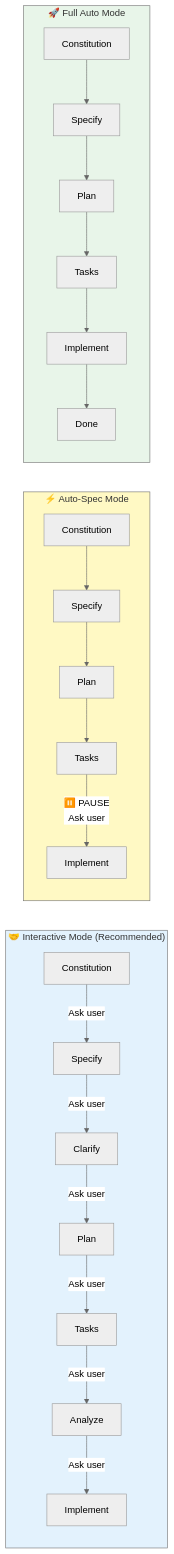
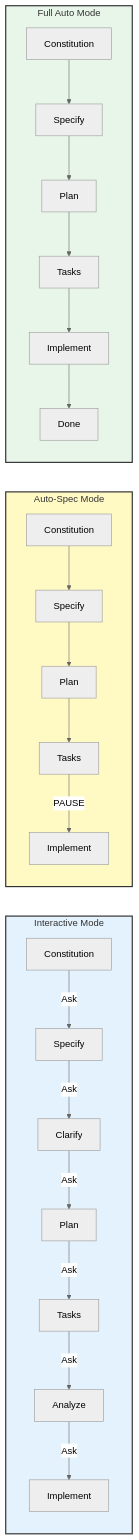
One commit to github/spec-kit changed the second of 6 diagrams in README.md. Above: the diagram before and after it, drawn with Mermaid (neutral theme). The commit also changed other lines of this file, not shown here.

````diff
--- a/README.md
+++ b/README.md
@@ -400,30 +358,30 @@
 ```mermaid
 graph LR
-    subgraph Interactive["🤝 Interactive Mode (Recommended)"]
-        I1[Constitution] -->|"Ask user"| I2[Specify]
-        I2 -->|"Ask user"| I3[Clarify]
-        I3 -->|"Ask user"| I4[Plan]
-        I4 -->|"Ask user"| I5[Tasks]
-        I5 -->|"Ask user"| I6[Analyze]
-        I6 -->|"Ask user"| I7[Implement]
+    subgraph Interactive["Interactive Mode"]
+        I1[Constitution] -->|Ask| I2[Specify]
+        I2 -->|Ask| I3[Clarify]
+        I3 -->|Ask| I4[Plan]
+        I4 -->|Ask| I5[Tasks]
+        I5 -->|Ask| I6[Analyze]
+        I6 -->|Ask| I7[Implement]
     end
 
-    subgraph AutoSpec["⚡ Auto-Spec Mode"]
+    subgraph AutoSpec["Auto-Spec Mode"]
         A1[Constitution] --> A2[Specify]
         A2 --> A3[Plan]
         A3 --> A4[Tasks]
-        A4 -->|"⏸️ PAUSE<br/>Ask user"| A5[Implement]
+        A4 -->|PAUSE| A5[Implement]
     end
 
-    subgraph FullAuto["🚀 Full Auto Mode"]
+    subgraph FullAuto["Full Auto Mode"]
         F1[Constitution] --> F2[Specify]
         F2 --> F3[Plan]
         F3 --> F4[Tasks]
         F4 --> F5[Implement]
         F5 --> F6[Done]
     end
 
-    style Interactive fill:#e3f2fd
-    style AutoSpec fill:#fff9c4
-    style FullAuto fill:#e8f5e9
+    style Interactive fill:#e3f2fd,stroke:#333,stroke-width:2px
+    style AutoSpec fill:#fff9c4,stroke:#333,stroke-width:2px
+    style FullAuto fill:#e8f5e9,stroke:#333,stroke-width:2px
 ```
````
